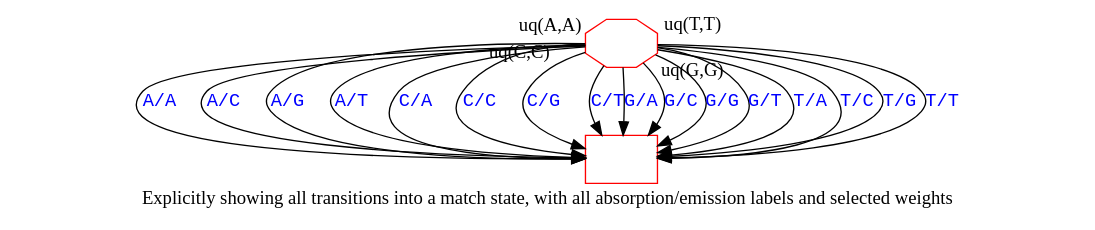
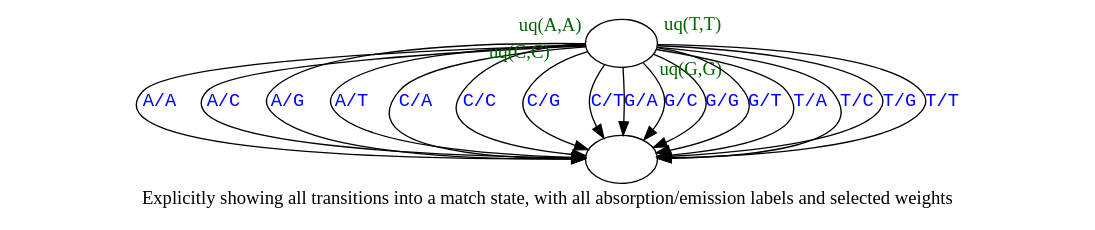
Before and after one commit to ihh/transducer-tutorial: the diagram in fanned-match.dot, drawn with Graphviz. The commit also changed 2 other files, not shown here.

Commit message:
Improved fanned-* diagrams

```diff
--- a/fanned-match.dot
+++ b/fanned-match.dot
@@ -1,28 +1,28 @@
 digraph G {
 
-    W [label="", shape=octagon, color=red, ordering="out"];
+    W [label="", ordering="out"];
 
-    M [label="", shape=rect, color=red];
+    M [label=""];
 
-W->M [label="A/A" taillabel="uq(A,A)" labelangle=330 labeldistance=3 fontcolor="blue" labelfontcolor="black" fontname="Courier" labelfontname="Times"];
+W->M [label="A/A" taillabel="uq(A,A)" labelangle=330 labeldistance=3 fontcolor="blue" labelfontcolor="black" fontname="Courier" labelfontname="Times" labelfontcolor="darkgreen"];
 W->M [label="A/C" fontcolor="blue" fontname="Courier"];
 W->M [label="A/G" fontcolor="blue" fontname="Courier"];
 W->M [label="A/T" fontcolor="blue" fontname="Courier"];
 
 W->M [label="C/A" fontcolor="blue" fontname="Courier"];
-W->M [label="C/C" taillabel="uq(C,C)" labelangle=5 labeldistance=5 fontcolor="blue" labelfontcolor="black" fontname="Courier" labelfontname="Times"];
+W->M [label="C/C" taillabel="uq(C,C)" labelangle=5 labeldistance=5 fontcolor="blue" labelfontcolor="black" fontname="Courier" labelfontname="Times" labelfontcolor="darkgreen"];
 W->M [label="C/G" fontcolor="blue" fontname="Courier"];
 W->M [label="C/T" fontcolor="blue" fontname="Courier"];
 
 W->M [label="G/A" fontcolor="blue" fontname="Courier"];
 W->M [label="G/C" fontcolor="blue" fontname="Courier"];
-W->M [label="G/G" taillabel="uq(G,G)" labelangle=0 labeldistance=3 fontcolor="blue" labelfontcolor="black" fontname="Courier" labelfontname="Times"];
+W->M [label="G/G" taillabel="uq(G,G)" labelangle=0 labeldistance=3 fontcolor="blue" labelfontcolor="black" fontname="Courier" labelfontname="Times" labelfontcolor="darkgreen"];
 W->M [label="G/T" fontcolor="blue" fontname="Courier"];
 
 W->M [label="T/A" fontcolor="blue" fontname="Courier"];
 W->M [label="T/C" fontcolor="blue" fontname="Courier"];
 W->M [label="T/G" fontcolor="blue" fontname="Courier"];
-W->M [label="T/T" taillabel="uq(T,T)" labelangle=30 labeldistance=3 fontcolor="blue" labelfontcolor="black" fontname="Courier" labelfontname="Times"];
+W->M [label="T/T" taillabel="uq(T,T)" labelangle=30 labeldistance=3 fontcolor="blue" labelfontcolor="black" fontname="Courier" labelfontname="Times" labelfontcolor="darkgreen"];
 
     label="Explicitly showing all transitions into a match state, with all absorption/emission labels and selected weights";
 }
```
